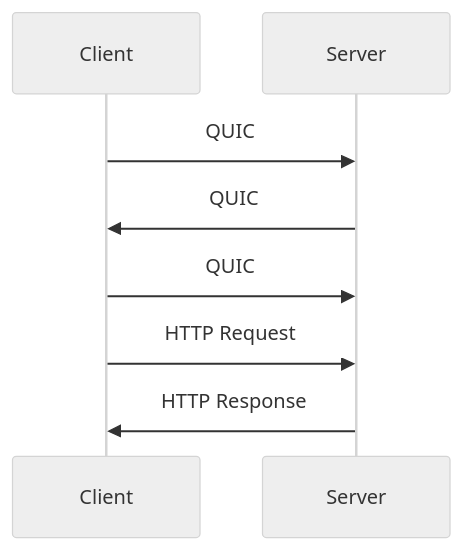
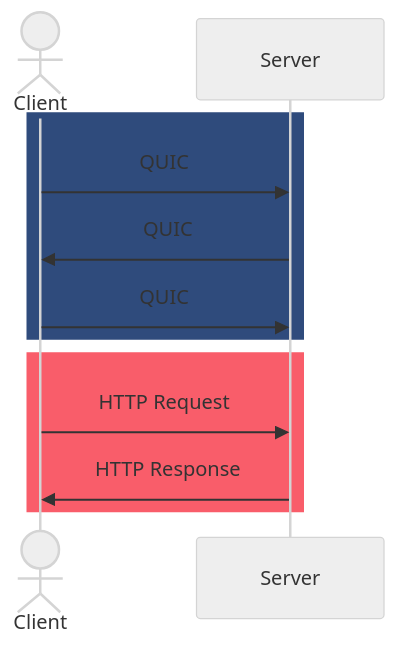
Before and after one commit to sudorandom/kmcd.dev: the second of 3 diagrams in content/posts/2024/grpc-over-http3/index.md, drawn with Mermaid (neutral theme). The commit also changed other lines of this file and 1 other file, not shown here.

Commit message:
Adjust style for mermaid graphs

````diff
--- a/content/posts/2024/grpc-over-http3/index.md
+++ b/content/posts/2024/grpc-over-http3/index.md
@@ -53,9 +61,15 @@
 ```mermaid
 sequenceDiagram
-    Client ->> Server: QUIC
-    Server ->> Client: QUIC
-    Client ->> Server: QUIC
+    actor Client
 
-    Client ->> Server: HTTP Request
-    Server ->> Client: HTTP Response
+    rect rgb(47,75,124)
+        Client ->> Server: QUIC
+        Server ->> Client: QUIC
+        Client ->> Server: QUIC
+    end
+
+    rect rgb(249,93,106)
+        Client ->> Server: HTTP Request
+        Server ->> Client: HTTP Response
+    end
 ```
````
